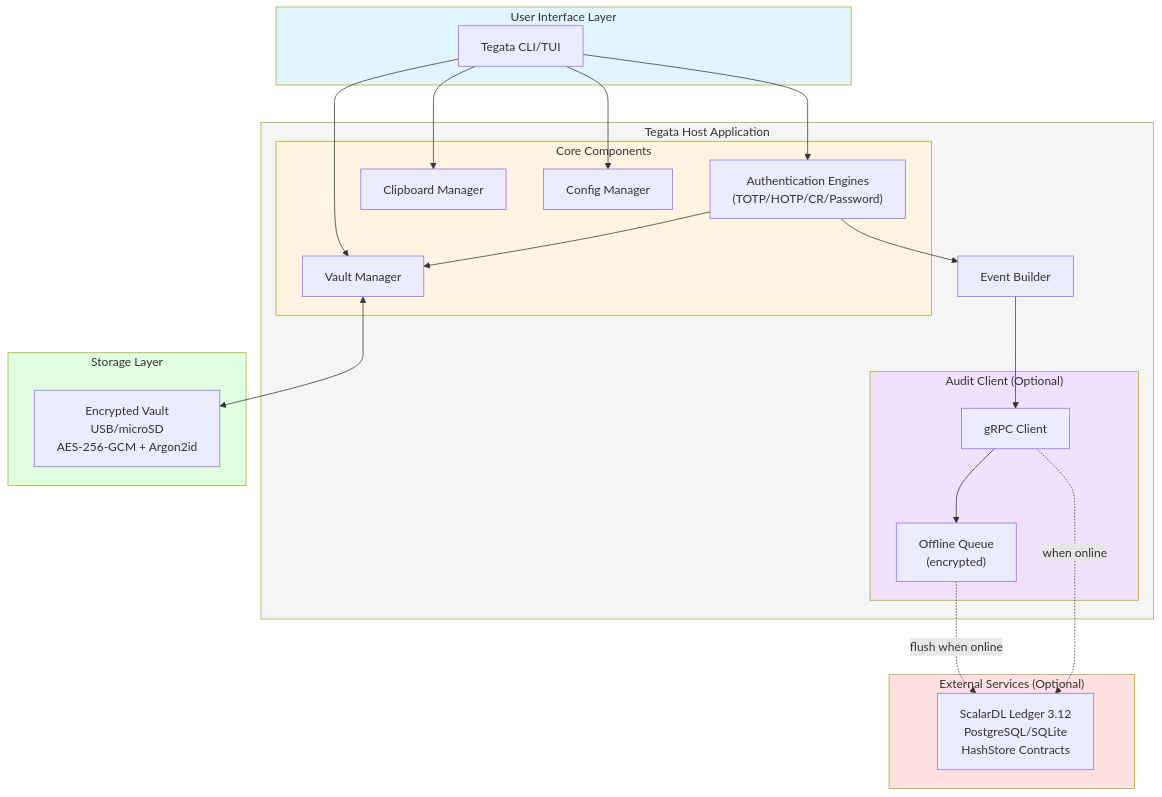
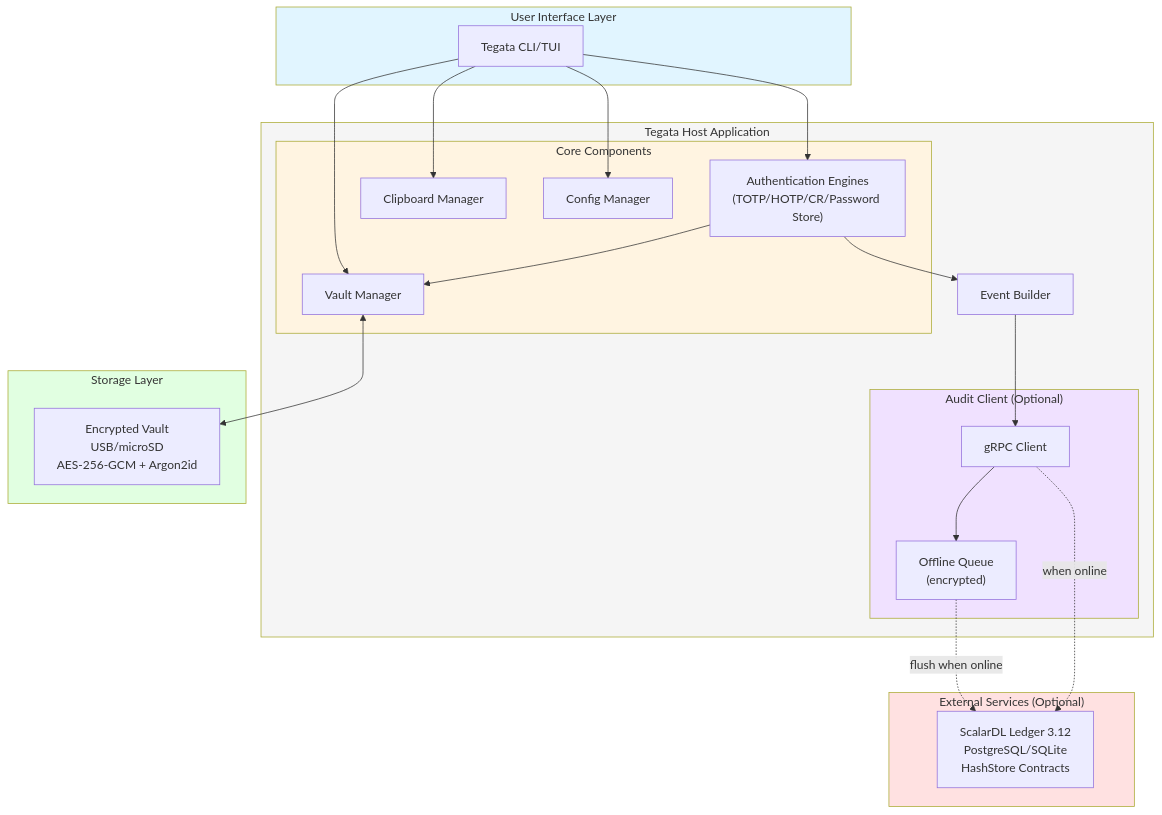
One commit to josh-wong/tegata changed the diagram in README.md. Above: the diagram before and after it, drawn with Mermaid. The commit also changed other lines of this file, not shown here.

Commit message:
Update auth label and platform order
Append 'Store' to the Authentication Engines label in the architecture diagram and reorder the cross-platform compatibility list to 'Windows, macOS, Linux' for consistency in the README.

````diff
--- a/README.md
+++ b/README.md
@@ -25,51 +25,51 @@
 ```mermaid
 graph TB
     subgraph UI["User Interface Layer"]
         CLI["Tegata CLI/TUI"]
     end
 
     subgraph Host["Tegata Host Application"]
         subgraph Core["Core Components"]
             VM["Vault Manager"]
-            AuthEng["Authentication Engines<br/>(TOTP/HOTP/CR/Password)"]
+            AuthEng["Authentication Engines<br/>(TOTP/HOTP/CR/Password Store)"]
             CM["Clipboard Manager"]
             Config["Config Manager"]
         end
 
         EB["Event Builder"]
 
         subgraph Audit["Audit Client (Optional)"]
             GRPC["gRPC Client"]
             Queue["Offline Queue<br/>(encrypted)"]
         end
     end
 
     subgraph Storage["Storage Layer"]
         Vault["Encrypted Vault<br/>USB/microSD<br/>AES-256-GCM + Argon2id"]
     end
 
     subgraph External["External Services (Optional)"]
         Ledger["ScalarDL Ledger 3.12<br/>PostgreSQL/SQLite<br/>HashStore Contracts"]
     end
 
     CLI --> VM
     CLI --> AuthEng
     CLI --> CM
     CLI --> Config
 
     VM <--> Vault
     AuthEng --> VM
 
     AuthEng --> EB
     EB --> GRPC
     GRPC --> Queue
     Queue -.->|"flush when online"| Ledger
     GRPC -.->|"when online"| Ledger
 
     style UI fill:#e1f5ff
     style Host fill:#f5f5f5
     style Core fill:#fff4e1
     style Audit fill:#f0e1ff
     style Storage fill:#e1ffe1
     style External fill:#ffe1e1
 ```
````
